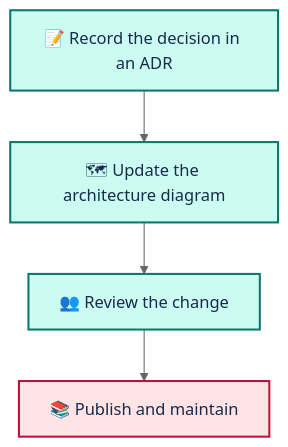
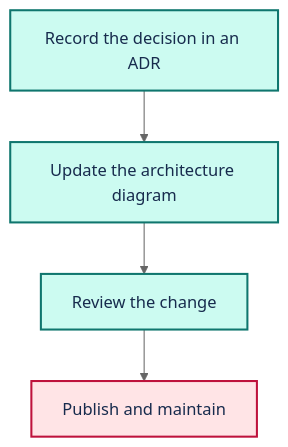
Before and after one commit to Acestus/portfolio: the diagram in site/content/docs/architecture-studio.md, drawn with Mermaid (neutral theme). The commit also changed 46 other files, not shown here.

Commit message:
Remove emoji from diagrams and use Azure SVG icons

````diff
--- a/site/content/docs/architecture-studio.md
+++ b/site/content/docs/architecture-studio.md
@@ -254,12 +254,12 @@
 ```mermaid
 flowchart TD
   accTitle: How an architecture decision stays current
-  n0["📝 Record the decision in an ADR"] --> n1
-  n1["🗺 Update the architecture diagram"] --> n2
-  n2["👥 Review the change"] --> n3
-  n3["📚 Publish and maintain"]
+  n0[" Record the decision in an ADR"] --> n1
+  n1[" Update the architecture diagram"] --> n2
+  n2[" Review the change"] --> n3
+  n3[" Publish and maintain"]
   classDef process fill:#CCFBF1,stroke:#0F766E,color:#172B4D,stroke-width:2px
   classDef result fill:#FFE4E6,stroke:#BE123C,color:#172B4D,stroke-width:2px
   class n0,n1,n2 process
   class n3 result
 ```
````
